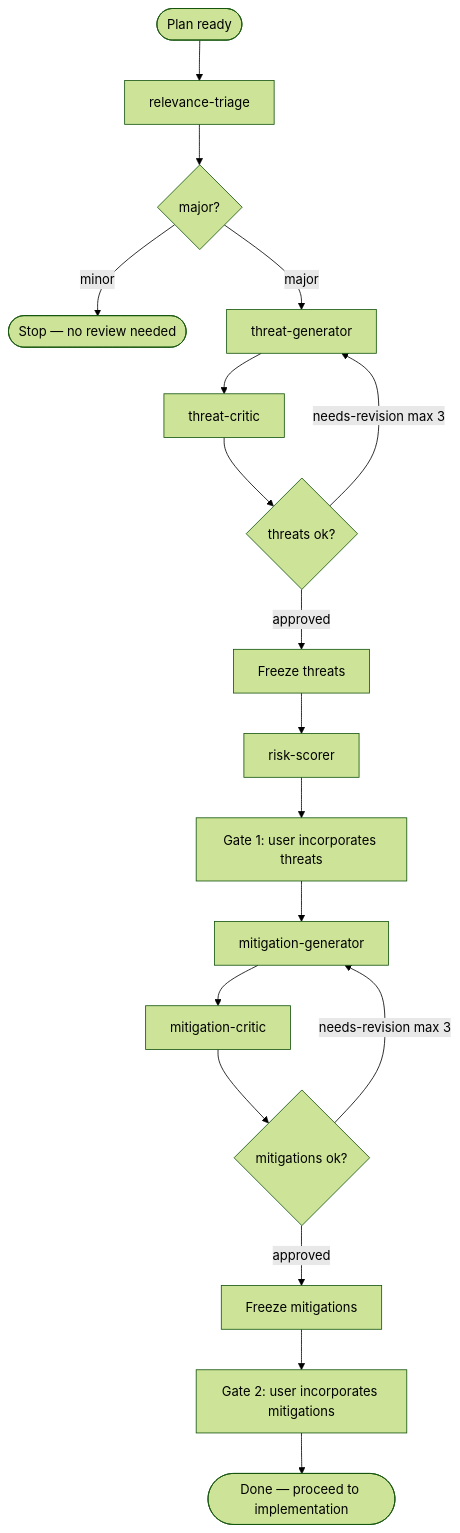
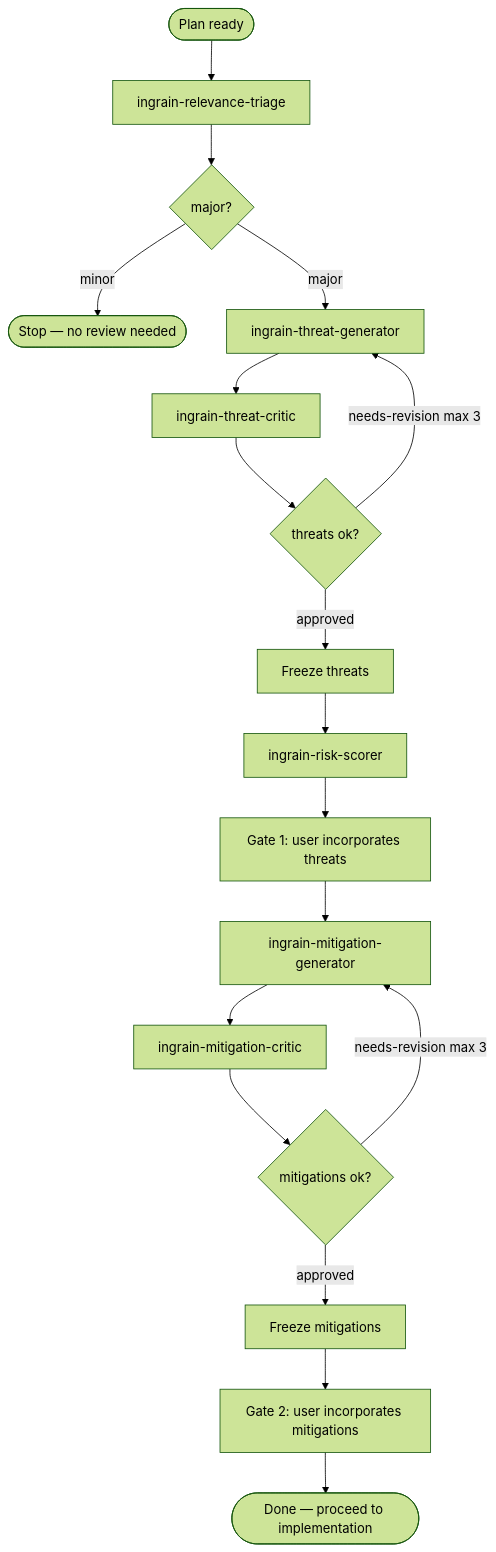
One commit to ingrainlabs/ingrain-security changed the diagram in skills/ingrain-security/SKILL.md. Above: the diagram before and after it, drawn with Mermaid (forest theme). The commit also changed other lines of this file and 16 other files, not shown here.

````diff
--- a/skills/ingrain-security/SKILL.md
+++ b/skills/ingrain-security/SKILL.md
@@ -84,24 +84,24 @@
 ```mermaid
 flowchart TD
-    planReady([Plan ready]) --> triage[relevance-triage]
+    planReady([Plan ready]) --> triage[ingrain-relevance-triage]
     triage --> majorQ{major?}
     majorQ -->|minor| stop([Stop — no review needed])
-    majorQ -->|major| threatGen[threat-generator]
+    majorQ -->|major| threatGen[ingrain-threat-generator]
 
-    threatGen --> threatCritic[threat-critic]
+    threatGen --> threatCritic[ingrain-threat-critic]
     threatCritic --> threatsOk{threats ok?}
     threatsOk -->|needs-revision max 3| threatGen
     threatsOk -->|approved| freezeThreats[Freeze threats]
 
-    freezeThreats --> riskScorer[risk-scorer]
+    freezeThreats --> riskScorer[ingrain-risk-scorer]
     riskScorer --> gate1[Gate 1: user incorporates threats]
-    gate1 --> mitGen[mitigation-generator]
+    gate1 --> mitGen[ingrain-mitigation-generator]
 
-    mitGen --> mitCritic[mitigation-critic]
+    mitGen --> mitCritic[ingrain-mitigation-critic]
     mitCritic --> mitsOk{mitigations ok?}
     mitsOk -->|needs-revision max 3| mitGen
     mitsOk -->|approved| freezeMits[Freeze mitigations]
 
     freezeMits --> gate2[Gate 2: user incorporates mitigations]
     gate2 --> done([Done — proceed to implementation])
 ```
````
